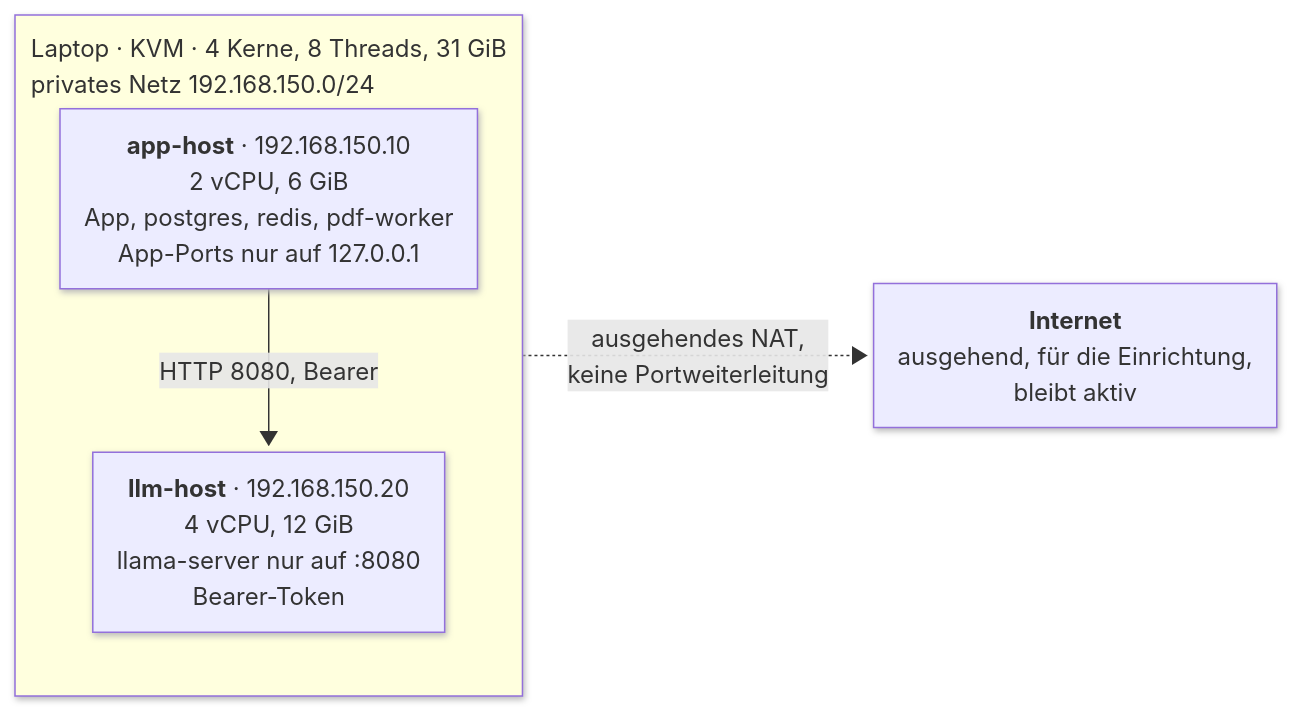
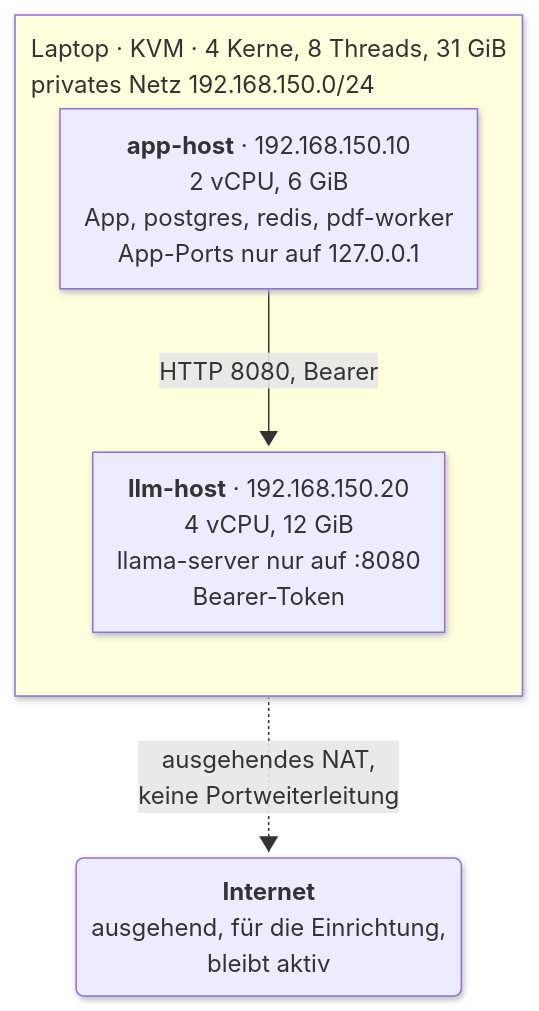
One commit to NiklasSkulll/arsnova.eu changed the diagram in docs/referat-thema-1/diagrams/1b-topologie.mmd. Above: the diagram before and after it, drawn with Mermaid. The commit also changed 6 other files, not shown here.

Commit message:
docs(referat): settle the 1B diagram layout after the third visual review

```diff
--- a/docs/referat-thema-1/diagrams/1b-topologie.mmd
+++ b/docs/referat-thema-1/diagrams/1b-topologie.mmd
@@ -1,39 +1,40 @@
 ---
 config:
   look: neo
   flowchart:
     curve: basis
     nodeSpacing: 40
     rankSpacing: 60
     padding: 10
     wrappingWidth: 320
     subGraphTitleMargin:
       top: 10
       bottom: 10
 ---
-flowchart LR
+flowchart TB
   subgraph LAP["Laptop · KVM · 4 Kerne, 8 Threads, 31 GiB<br/>privates Netz 192.168.150.0/24"]
     direction TB
     app["`**app-host** · 192.168.150.10
     2 vCPU, 6 GiB
     App, postgres, redis, pdf-worker
     App-Ports nur auf 127.0.0.1`"]
     llm["`**llm-host** · 192.168.150.20
     4 vCPU, 12 GiB
     llama-server nur auf :8080
     Bearer-Token`"]
   end
   net["`**Internet**
   ausgehend, für die Einrichtung,
   bleibt aktiv`"]
 
   app e1@-->|"HTTP 8080, Bearer"| llm
   LAP e2@-.->|"ausgehendes NAT,<br/>keine Portweiterleitung"| net
 
   class app app
   class llm runtime
-  class net plain
+  net@{ shape: rounded }
+  class net legendGroup
   class LAP legendGroup
   class e1 emph
   class e2 muted
 %% palette
```
